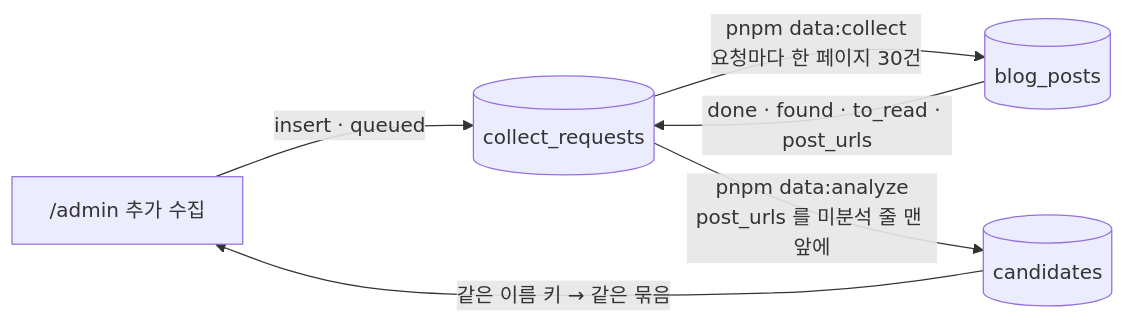
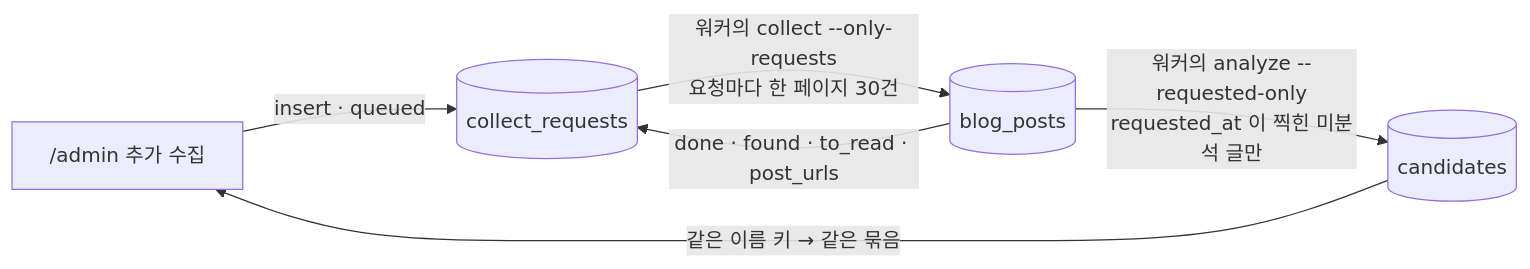
One commit to hoiya-woohyun/zgnn changed the second of 2 diagrams in docs/features/admin-review.md. Above: the diagram before and after it, drawn with Mermaid. The commit also changed other lines of this file and 25 other files, not shown here.

First line of the commit message:
feat(worker) - 상주 워커 pnpm data · 한 바퀴 once — 상태 칸을 단계마다 다시 세서 할 것만, 심장·progress·재로그인·한도 휴식 (17 T3)

````diff
--- a/docs/features/admin-review.md
+++ b/docs/features/admin-review.md
@@ -691,8 +692,8 @@
 ```mermaid
 flowchart LR
   B["/admin 추가 수집"] -->|insert · queued| R[(collect_requests)]
-  R -->|pnpm data:collect<br/>요청마다 한 페이지 30건| P[(blog_posts)]
+  R -->|워커의 collect --only-requests<br/>요청마다 한 페이지 30건| P[(blog_posts)]
   P -->|done · found · to_read · post_urls| R
-  R -->|pnpm data:analyze<br/>post_urls 를 미분석 줄 맨 앞에| C[(candidates)]
+  P -->|워커의 analyze --requested-only<br/>requested_at 이 찍힌 미분석 글만| C[(candidates)]
   C -->|같은 이름 키 → 같은 묶음| B
 ```
````
